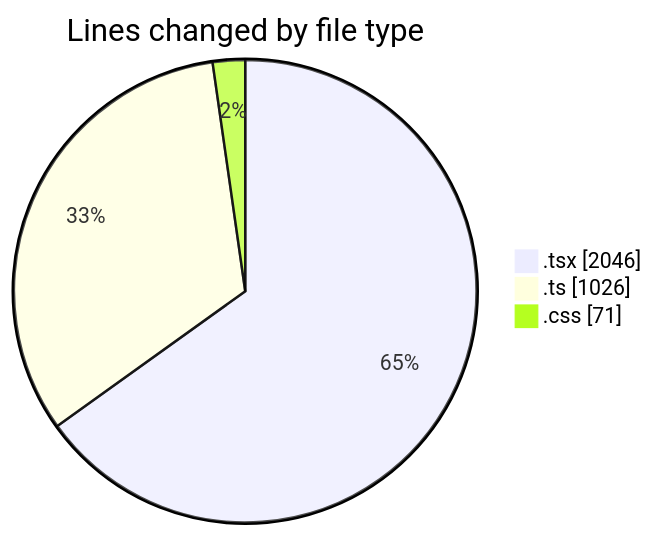
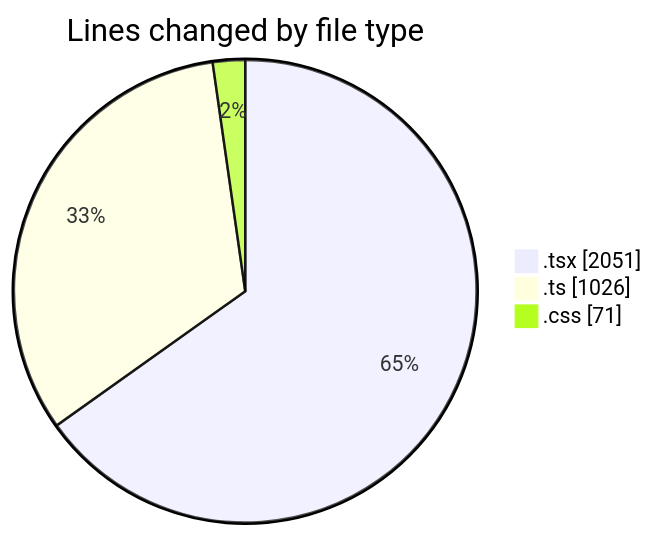
The first of 2 diagrams in 2025-01-27/mbc-web/README.md (robertbonfada/code-tracking), drawn with Mermaid before and after one commit. The commit also changed other lines of this file and 1 other file, not shown here.

````diff
--- a/2025-01-27/mbc-web/README.md
+++ b/2025-01-27/mbc-web/README.md
@@ -29,7 +29,7 @@
 ```mermaid
 pie showData
 title Lines changed by file type
-".tsx" : 2046
+".tsx" : 2051
 ".ts" : 1026
 ".css" : 71
 ```
````
